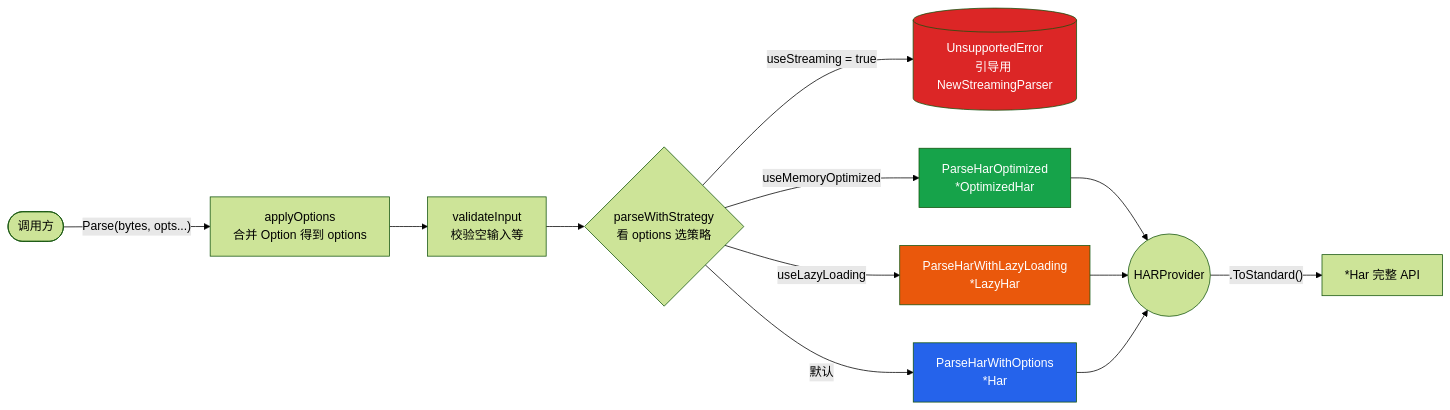
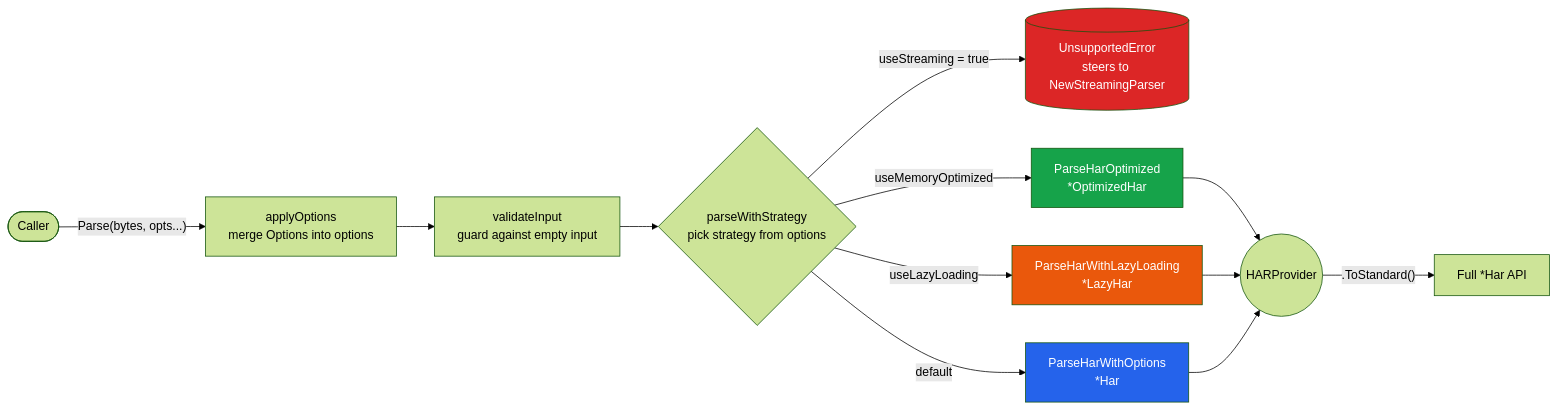
One commit to hitechcloud-vietnam/har-skills changed the second of 2 diagrams in website/zh/sdk/parsing-strategies.md. Above: the diagram before and after it, drawn with Mermaid (forest theme). The commit also changed other lines of this file and 97 other files, not shown here.

````diff
--- a/website/zh/sdk/parsing-strategies.md
+++ b/website/zh/sdk/parsing-strategies.md
@@ -196,26 +196,26 @@
 ```mermaid
 flowchart LR
-    Caller([调用方]) -->|"Parse(bytes, opts...)"| Apply[applyOptions<br/>合并 Option 得到 options]
-    Apply --> Val[validateInput<br/>校验空输入等]
-    Val --> Disp{parseWithStrategy<br/>看 options 选策略}
+    Caller([Caller]) -->|"Parse(bytes, opts...)"| Apply[applyOptions<br/>merge Options into options]
+    Apply --> Val[validateInput<br/>guard against empty input]
+    Val --> Disp{parseWithStrategy<br/>pick strategy from options}
 
-    Disp -- "useStreaming = true" --> Err[(UnsupportedError<br/>引导用 NewStreamingParser)]
+    Disp -- "useStreaming = true" --> Err[(UnsupportedError<br/>steers to NewStreamingParser)]
     Disp -- "useMemoryOptimized" --> Opt[ParseHarOptimized<br/>*OptimizedHar]
     Disp -- "useLazyLoading" --> Lazy[ParseHarWithLazyLoading<br/>*LazyHar]
-    Disp -- "默认" --> Std[ParseHarWithOptions<br/>*Har]
+    Disp -- "default" --> Std[ParseHarWithOptions<br/>*Har]
 
     Opt --> P1((HARProvider))
     Lazy --> P1
     Std --> P1
-    P1 -->|".ToStandard()"| H[*Har 完整 API]
+    P1 -->|".ToStandard()"| H[Full *Har API]
 
     Opt:::green
     Lazy:::orange
     Std:::blue
     Err:::red
 
     classDef blue fill:#2563eb,color:#fff;
     classDef green fill:#16a34a,color:#fff;
     classDef orange fill:#ea580c,color:#fff;
     classDef red fill:#dc2626,color:#fff;
 ```
````
